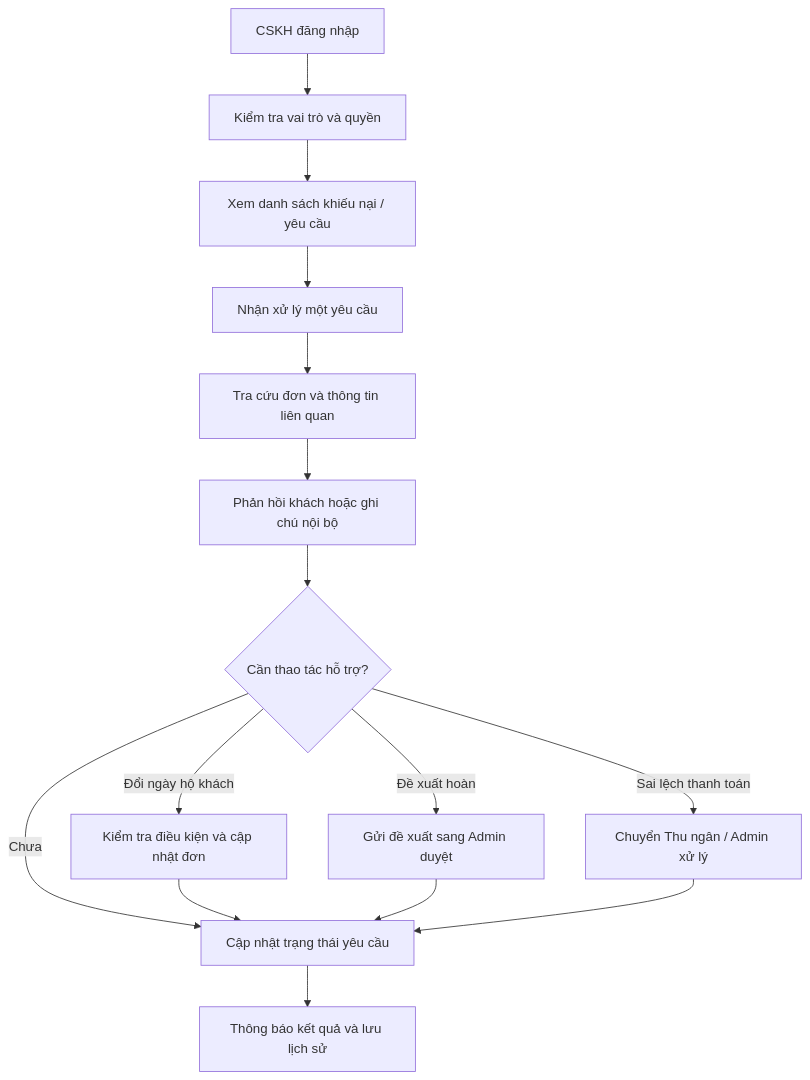
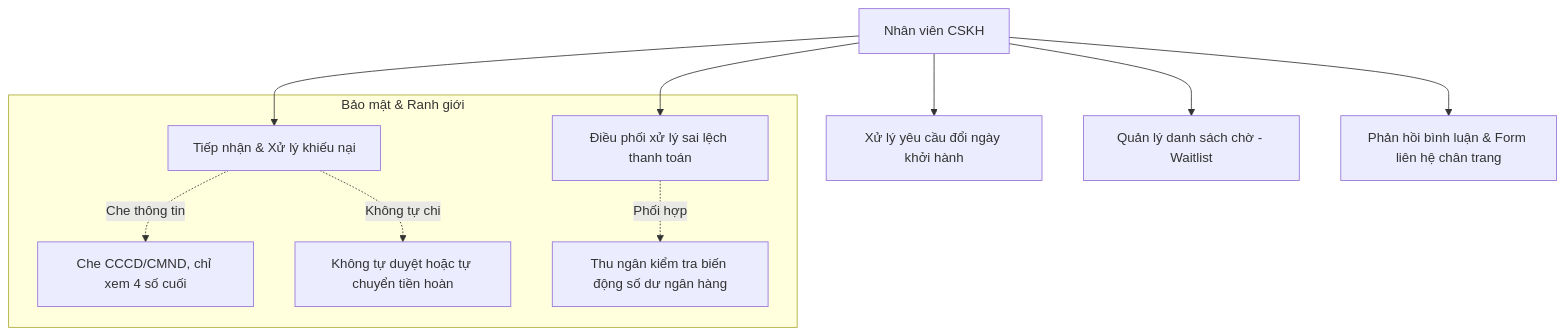
The first of 3 diagrams in docs/WORKFLOWS_TRAVEL/13_WORKFLOW_CSKH.md (dongocphat007-ctrl/Travel), drawn with Mermaid before and after one commit. The commit also changed other lines of this file and 139 other files, not shown here.

````diff
--- a/docs/WORKFLOWS_TRAVEL/13_WORKFLOW_CSKH.md
+++ b/docs/WORKFLOWS_TRAVEL/13_WORKFLOW_CSKH.md
@@ -3,17 +9,14 @@
 ```mermaid
 flowchart TD
- A[CSKH đăng nhập] --> B[Kiểm tra vai trò và quyền]
- B --> C[Xem danh sách khiếu nại / yêu cầu]
- C --> D[Nhận xử lý một yêu cầu]
- D --> E[Tra cứu đơn và thông tin liên quan]
- E --> F[Phản hồi khách hoặc ghi chú nội bộ]
- F --> G{Cần thao tác hỗ trợ?}
- G -->|Đổi ngày hộ khách| H[Kiểm tra điều kiện và cập nhật đơn]
- G -->|Đề xuất hoàn| I[Gửi đề xuất sang Admin duyệt]
- G -->|Sai lệch thanh toán| J[Chuyển Thu ngân / Admin xử lý]
- G -->|Chưa| K[Cập nhật trạng thái yêu cầu]
- H --> K
- I --> K
- J --> K
- K --> L[Thông báo kết quả và lưu lịch sử]
+    CSKH[Nhân viên CSKH] --> Q1[Tiếp nhận & Xử lý khiếu nại]
+    CSKH --> Q2[Xử lý yêu cầu đổi ngày khởi hành]
+    CSKH --> Q3[Quản lý danh sách chờ - Waitlist]
+    CSKH --> Q4[Điều phối xử lý sai lệch thanh toán]
+    CSKH --> Q5[Phản hồi bình luận & Form liên hệ chân trang]
+
+    subgraph BaoVeThongTin[Bảo mật & Ranh giới]
+        Q1 -. Che thông tin .-> SEC[Che CCCD/CMND, chỉ xem 4 số cuối]
+        Q1 -. Không tự chi .-> NO_PAY[Không tự duyệt hoặc tự chuyển tiền hoàn]
+        Q4 -. Phối hợp .-> TN[Thu ngân kiểm tra biến động số dư ngân hàng]
+    end
 ```
````
